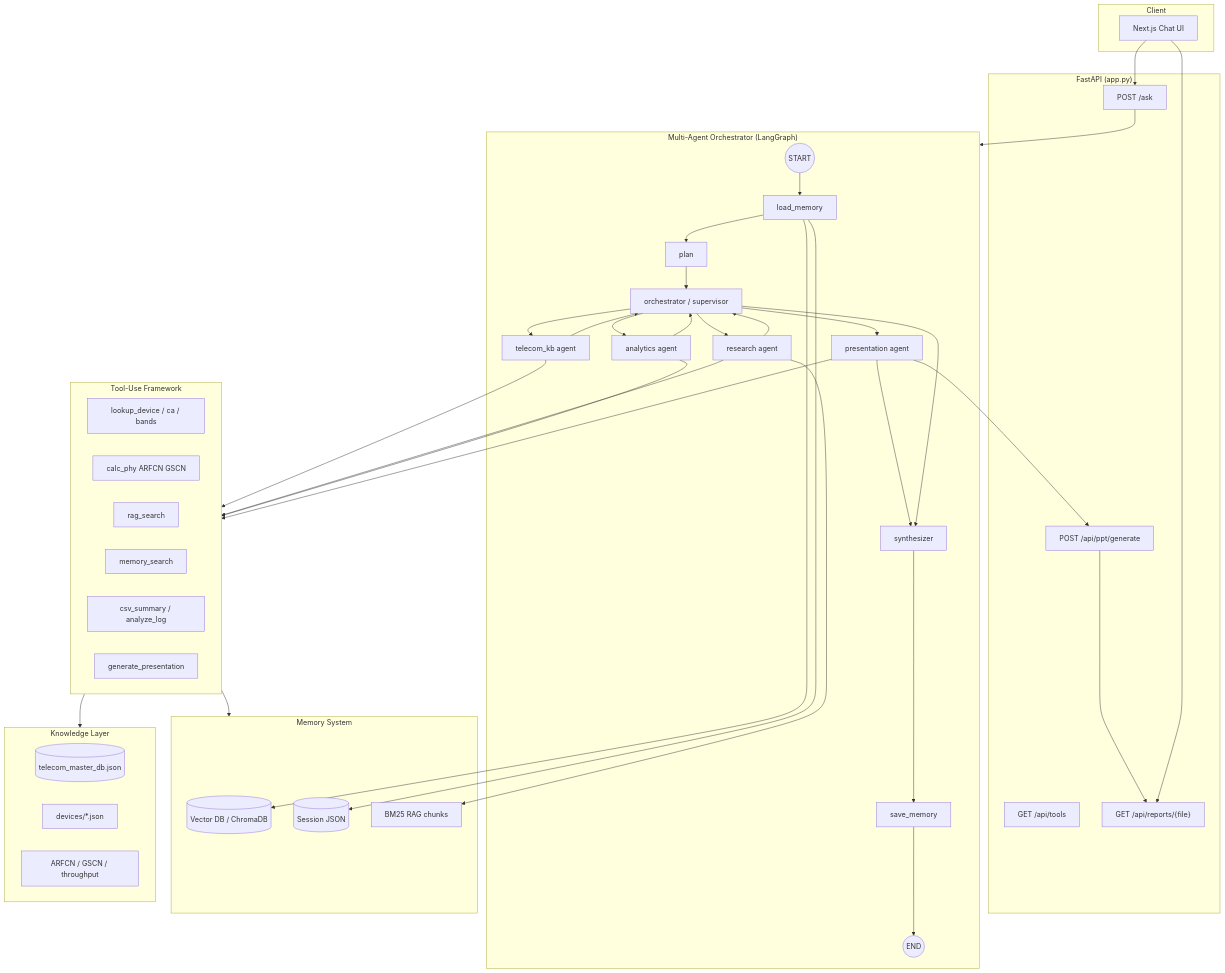
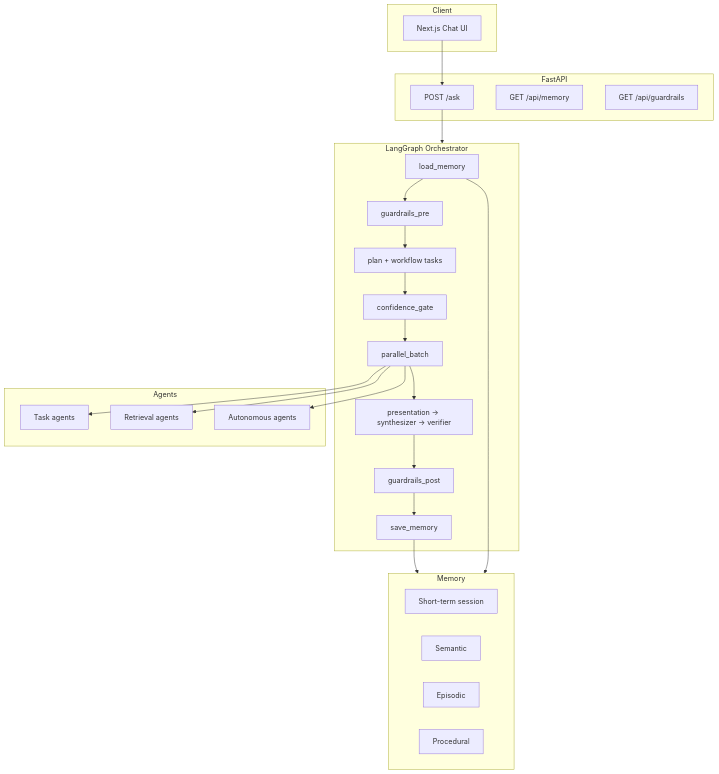
Before and after one commit to aqil2020in/telecomgpt: the diagram in docs/ARCHITECTURE.md, drawn with Mermaid. The commit also changed other lines of this file and 16 other files, not shown here.

First line of the commit message:
Add orchestration architecture: layered memory, guardrails, and agent taxonomy.

````diff
--- a/docs/ARCHITECTURE.md
+++ b/docs/ARCHITECTURE.md
@@ -7,66 +7,40 @@
 ```mermaid
 flowchart TB
     subgraph Client
         UI[Next.js Chat UI]
     end
 
-    subgraph API["FastAPI (app.py)"]
-        ASK["POST /ask"]
-        PPT["POST /api/ppt/generate"]
-        TOOLS["GET /api/tools"]
-        REPORTS["GET /api/reports/{file}"]
+    subgraph API["FastAPI"]
+        ASK[POST /ask]
+        MEM[GET /api/memory]
+        GR[GET /api/guardrails]
     end
 
-    subgraph Orchestrator["Multi-Agent Orchestrator (LangGraph)"]
-        START((START)) --> MEM[load_memory]
-        MEM --> PLAN[plan]
-        PLAN --> SUP[orchestrator / supervisor]
-        SUP --> KB[telecom_kb agent]
-        SUP --> RES[research agent]
-        SUP --> ANA[analytics agent]
-        SUP --> PRE[presentation agent]
-        KB --> SUP
-        RES --> SUP
-        ANA --> SUP
-        PRE --> SYN[synthesizer]
-        SUP --> SYN
-        SYN --> SAVE[save_memory]
-        SAVE --> END((END))
+    subgraph Orchestrator["LangGraph Orchestrator"]
+        LM[load_memory] --> GP[guardrails_pre]
+        GP --> PL[plan + workflow tasks]
+        PL --> CG[confidence_gate]
+        CG --> PB[parallel_batch]
+        PB --> ST[presentation → synthesizer → verifier]
+        ST --> GO[guardrails_post]
+        GO --> SM[save_memory]
     end
 
-    subgraph Tools["Tool-Use Framework"]
-        T1[lookup_device / ca / bands]
-        T2[calc_phy ARFCN GSCN]
-        T3[rag_search]
-        T4[memory_search]
-        T5[csv_summary / analyze_log]
-        T6[generate_presentation]
+    subgraph Agents
+        TASK[Task agents]
+        RET[Retrieval agents]
+        AUTO[Autonomous agents]
     end
 
-    subgraph Memory["Memory System"]
-        VM[(Vector DB / ChromaDB)]
-        SM[(Session JSON)]
-        BM25[BM25 RAG chunks]
+    subgraph Memory
+        STm[Short-term session]
+        SEM[Semantic]
+        EPI[Episodic]
+        PRO[Procedural]
     end
 
-    subgraph Knowledge["Knowledge Layer"]
-        DB[(telecom_master_db.json)]
-        DEV[devices/*.json]
-        CALC[ARFCN / GSCN / throughput]
-    end
-
-    UI --> ASK
-    ASK --> Orchestrator
-    KB --> Tools
-    RES --> Tools
-    ANA --> Tools
-    PRE --> Tools
-    Tools --> Knowledge
-    Tools --> Memory
-    MEM --> VM
-    MEM --> SM
-    RES --> BM25
-    PRE --> PPT
-    PPT --> REPORTS
-    UI --> REPORTS
+    UI --> ASK --> Orchestrator
+    PB --> TASK & RET & AUTO
+    LM --> Memory
+    SM --> Memory
 ```
````
